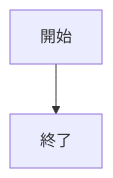
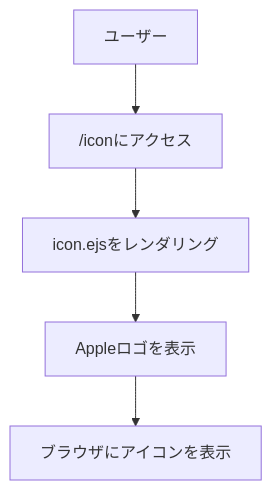
The second of 6 diagrams in README.md (OzekiSouichirou/webpro_06), drawn with Mermaid before and after one commit. The commit also changed other lines of this file and 4 other files, not shown here.

````diff
--- a/README.md
+++ b/README.md
@@ -35,4 +82,7 @@
 ```mermaid
 flowchart TD;
-開始 --> 終了;
+ユーザー --> /iconにアクセス;
+/iconにアクセス --> icon.ejsをレンダリング;
+icon.ejsをレンダリング --> Appleロゴを表示;
+Appleロゴを表示 --> ブラウザにアイコンを表示;
 ```
````
